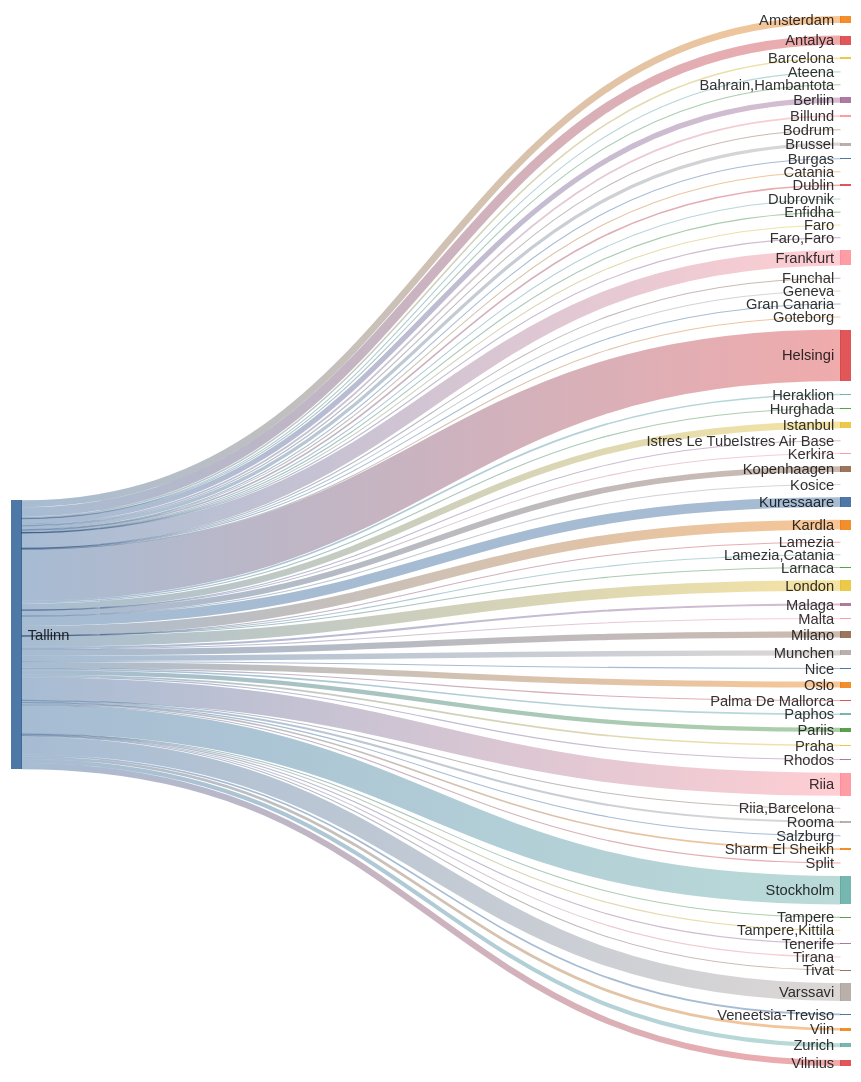
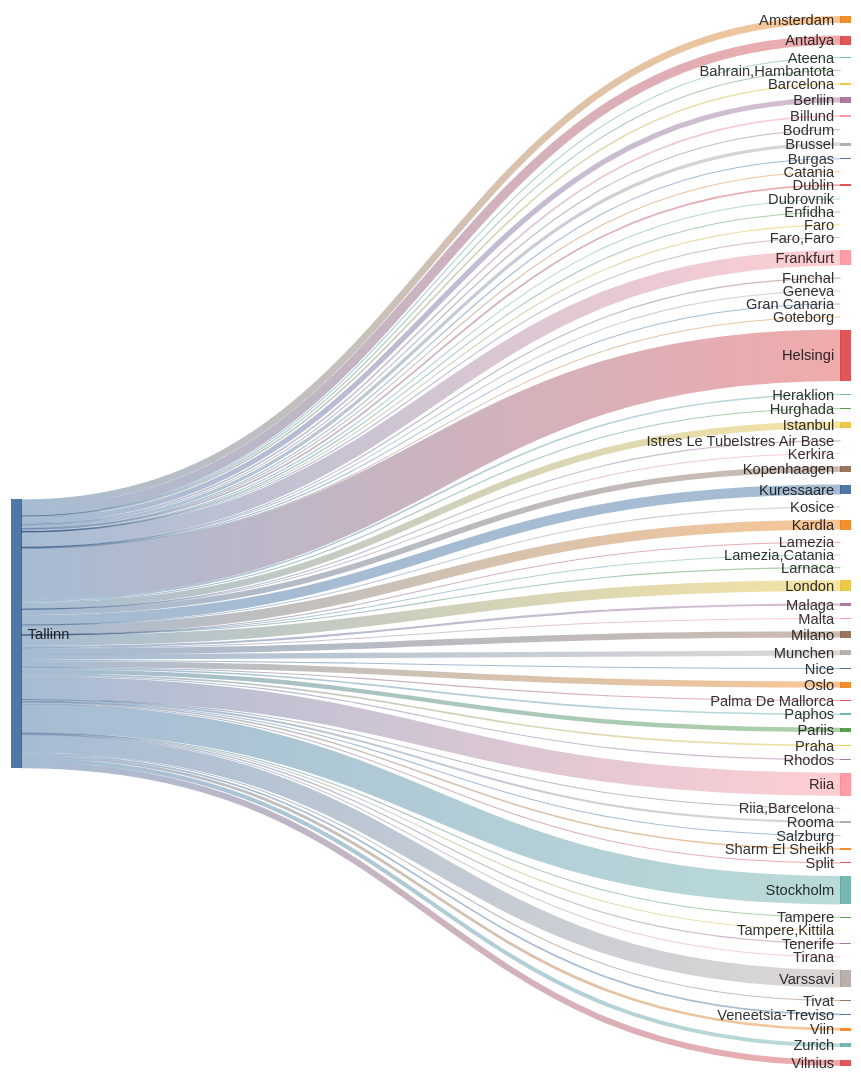
The second of 2 diagrams in README.md (rainermesi/tll-airport-departures), drawn with Mermaid before and after one commit. The commit also changed other lines of this file, not shown here.

````diff
--- a/README.md
+++ b/README.md
@@ -34,76 +34,76 @@
 ```mermaid
 ---
 config:
   sankey:
     showValues: false
     width: 800
     height: 1000
 ---
 sankey-beta
 %% source,target,value
-Tallinn,Amsterdam,195
+Tallinn,Amsterdam,197
 Tallinn,Antalya,264
 Tallinn,Ateena,16
 Tallinn,"Bahrain,Hambantota",1
 Tallinn,Barcelona,46
-Tallinn,Berliin,149
+Tallinn,Berliin,150
 Tallinn,Billund,49
 Tallinn,Bodrum,11
 Tallinn,Brussel,93
 Tallinn,Burgas,21
 Tallinn,Catania,2
-Tallinn,Dublin,47
+Tallinn,Dublin,48
 Tallinn,Dubrovnik,21
 Tallinn,Enfidha,7
 Tallinn,Faro,4
 Tallinn,"Faro,Faro",1
-Tallinn,Frankfurt,434
+Tallinn,Frankfurt,437
 Tallinn,Funchal,5
 Tallinn,Geneva,3
 Tallinn,Gran Canaria,23
 Tallinn,Goteborg,1
-Tallinn,Helsingi,1466
+Tallinn,Helsingi,1475
 Tallinn,Heraklion,46
-Tallinn,Hurghada,31
-Tallinn,Istanbul,188
+Tallinn,Hurghada,32
+Tallinn,Istanbul,190
 Tallinn,Istres Le TubeIstres Air Base,2
 Tallinn,Kerkira,4
-Tallinn,Kopenhaagen,164
+Tallinn,Kopenhaagen,165
 Tallinn,Kosice,1
-Tallinn,Kuressaare,281
-Tallinn,Kardla,281
+Tallinn,Kuressaare,283
+Tallinn,Kardla,283
 Tallinn,Lamezia,1
 Tallinn,"Lamezia,Catania",3
 Tallinn,Larnaca,4
-Tallinn,London,302
+Tallinn,London,303
 Tallinn,Malaga,60
 Tallinn,Malta,15
-Tallinn,Milano,178
+Tallinn,Milano,179
 Tallinn,Munchen,153
 Tallinn,Nice,25
-Tallinn,Oslo,171
+Tallinn,Oslo,172
 Tallinn,Palma De Mallorca,19
-Tallinn,Paphos,46
-Tallinn,Pariis,124
+Tallinn,Paphos,47
+Tallinn,Pariis,125
 Tallinn,Praha,49
 Tallinn,Rhodos,32
-Tallinn,Riia,655
+Tallinn,Riia,659
 Tallinn,"Riia,Barcelona",1
 Tallinn,Rooma,60
 Tallinn,Salzburg,4
 Tallinn,Sharm El Sheikh,44
 Tallinn,Split,25
-Tallinn,Stockholm,811
+Tallinn,Stockholm,814
 Tallinn,Tampere,17
 Tallinn,"Tampere,Kittila",4
-Tallinn,Tenerife,33
+Tallinn,Tenerife,34
 Tallinn,Tirana,8
 Tallinn,Tivat,26
-Tallinn,Varssavi,508
+Tallinn,Varssavi,511
 Tallinn,Veneetsia-Treviso,48
-Tallinn,Viin,78
-Tallinn,Vilnius,174
-Tallinn,Zurich,118
+Tallinn,Viin,79
+Tallinn,Vilnius,175
+Tallinn,Zurich,119
 
 
 ```
````
